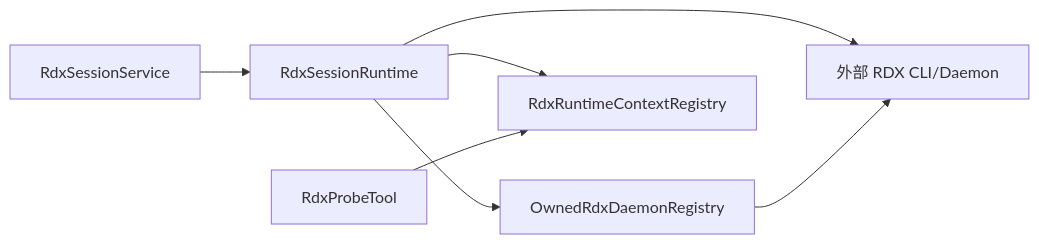
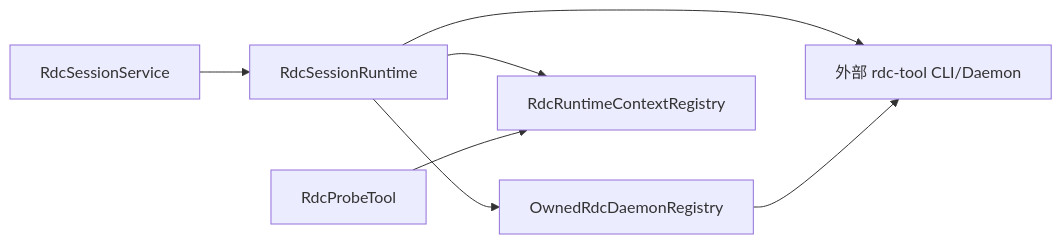
The seventh of 7 diagrams in .qoder/repowiki/zh/content/核心模块/会话管理系统/RDX 守护进程所有权注册表.md (haolange/RDC-Agent), drawn with Mermaid before and after one commit. The commit also changed other lines of this file and 557 other files, not shown here.

First line of the commit message:
Unify RDC-Agent identity and canonical RDC-Tool integration

````diff
--- a/.qoder/repowiki/zh/content/核心模块/会话管理系统/RDX 守护进程所有权注册表.md
+++ b/.qoder/repowiki/zh/content/核心模块/会话管理系统/RDX 守护进程所有权注册表.md
@@ -302,9 +302,9 @@
 ```mermaid
 graph LR
-Svc["RdxSessionService"] --> RT["RdxSessionRuntime"]
-RT --> Reg["OwnedRdxDaemonRegistry"]
-RT --> Lease["RdxRuntimeContextRegistry"]
-Probe["RdxProbeTool"] --> Lease
-RT --> CLI["外部 RDX CLI/Daemon"]
+Svc["RdcSessionService"] --> RT["RdcSessionRuntime"]
+RT --> Reg["OwnedRdcDaemonRegistry"]
+RT --> Lease["RdcRuntimeContextRegistry"]
+Probe["RdcProbeTool"] --> Lease
+RT --> CLI["外部 rdc-tool CLI/Daemon"]
 Reg --> CLI
 ```
````
